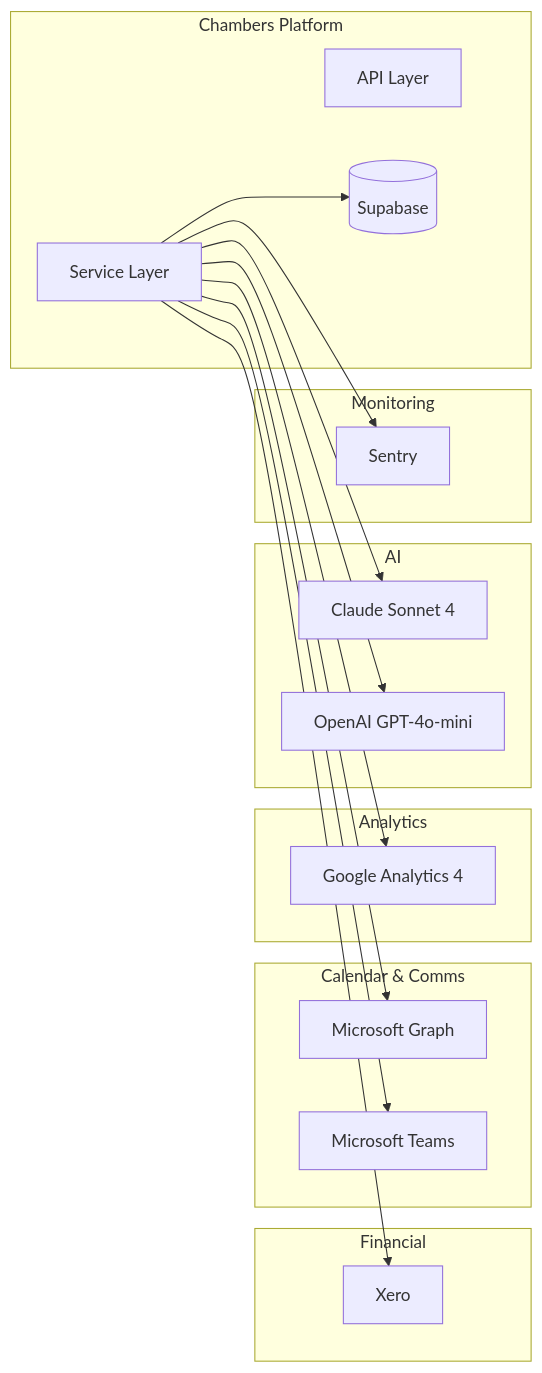
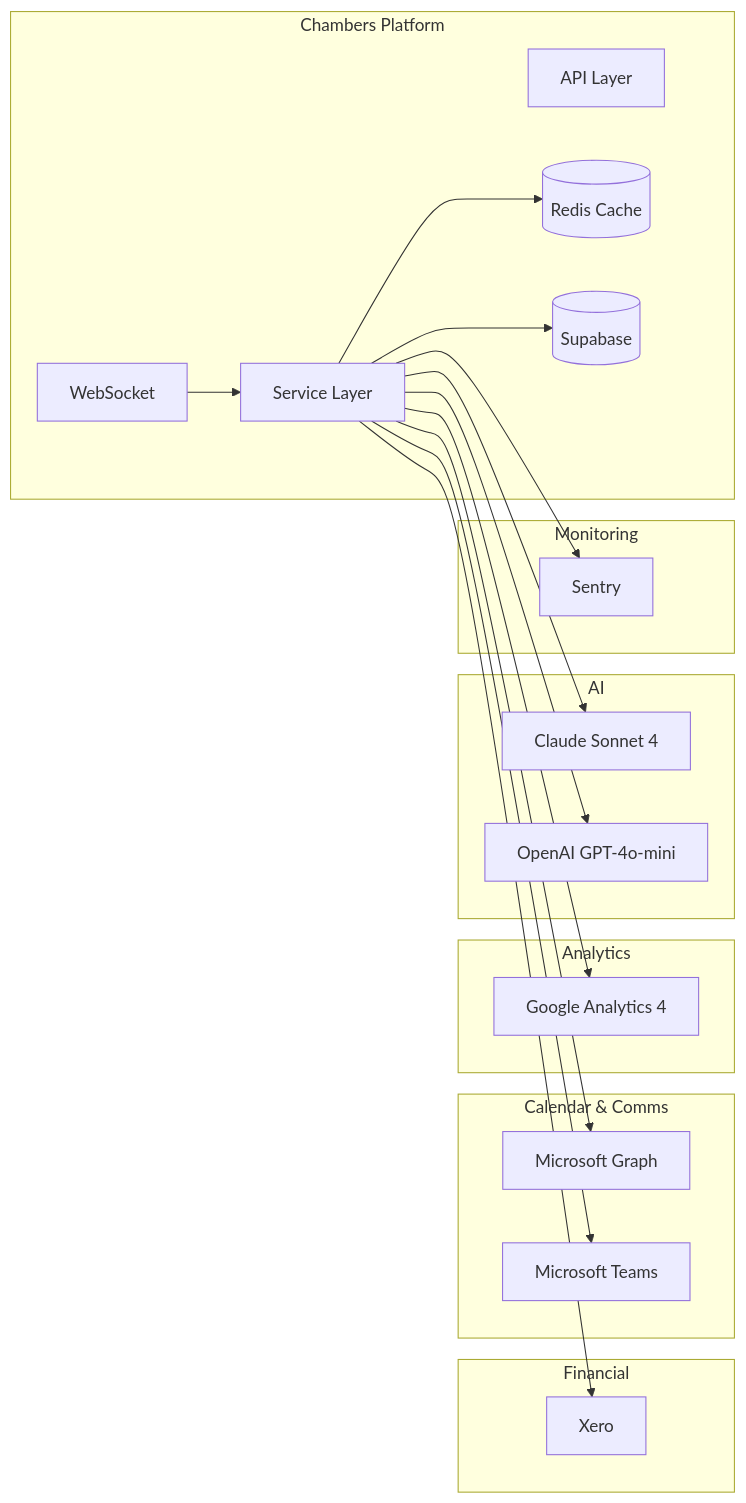
The diagram in developers/overview.mdx (fosman1977/docs), drawn with Mermaid before and after one commit. The commit also changed other lines of this file and 4 other files, not shown here.

````diff
--- a/developers/overview.mdx
+++ b/developers/overview.mdx
@@ -14,39 +14,43 @@
 ```mermaid
 graph LR
     subgraph "Chambers Platform"
         API[API Layer]
         Services[Service Layer]
+        Cache[(Redis Cache)]
         DB[(Supabase)]
+        WS[WebSocket]
     end
 
     subgraph "Financial"
         Xero[Xero]
     end
 
     subgraph "Calendar & Comms"
         MSGraph[Microsoft Graph]
         Teams[Microsoft Teams]
     end
 
     subgraph "Analytics"
         GA4[Google Analytics 4]
     end
 
     subgraph "AI"
         Claude[Claude Sonnet 4]
         OpenAI[OpenAI GPT-4o-mini]
     end
 
     subgraph "Monitoring"
         Sentry[Sentry]
     end
 
     Services --> Xero
     Services --> MSGraph
     Services --> Teams
     Services --> GA4
     Services --> Claude
     Services --> OpenAI
     Services --> Sentry
+    Services --> Cache
     Services --> DB
+    WS --> Services
 ```
````
